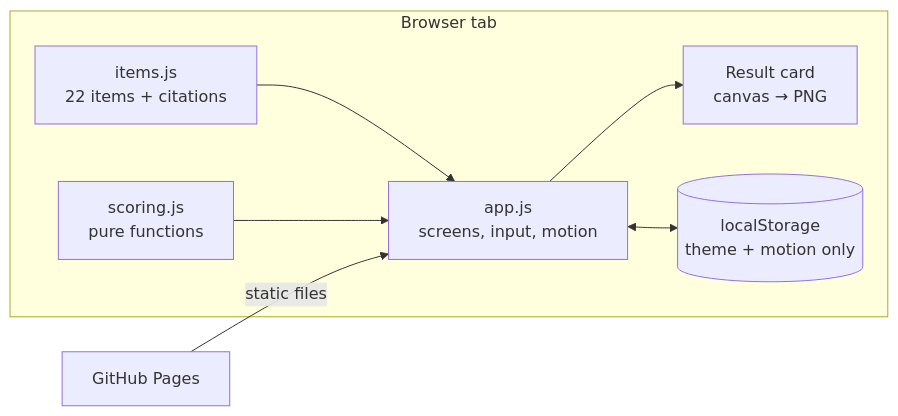
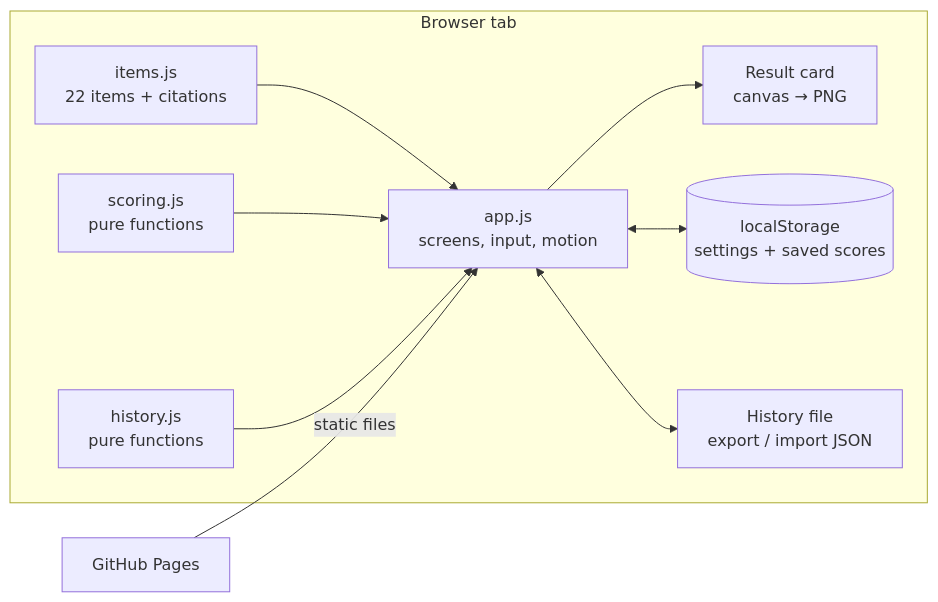
One commit to amalmehta/SelfAssured changed the diagram in docs/SYSTEM-DESIGN.md. Above: the diagram before and after it, drawn with Mermaid. The commit also changed other lines of this file and 11 other files, not shown here.

Commit message:
Track results over time: opt-in saved scores, change since last time, history chart, export and import

````diff
--- a/docs/SYSTEM-DESIGN.md
+++ b/docs/SYSTEM-DESIGN.md
@@ -7,10 +7,12 @@
 ```mermaid
 flowchart LR
   subgraph Browser tab
     I[items.js<br/>22 items + citations] --> A[app.js<br/>screens, input, motion]
     S[scoring.js<br/>pure functions] --> A
+    H[history.js<br/>pure functions] --> A
     A --> R[Result card<br/>canvas → PNG]
-    A <--> P[(localStorage<br/>theme + motion only)]
+    A <--> P[(localStorage<br/>settings + saved scores)]
+    A <--> F[History file<br/>export / import JSON]
   end
   GH[GitHub Pages] -->|static files| A
 ```
````
